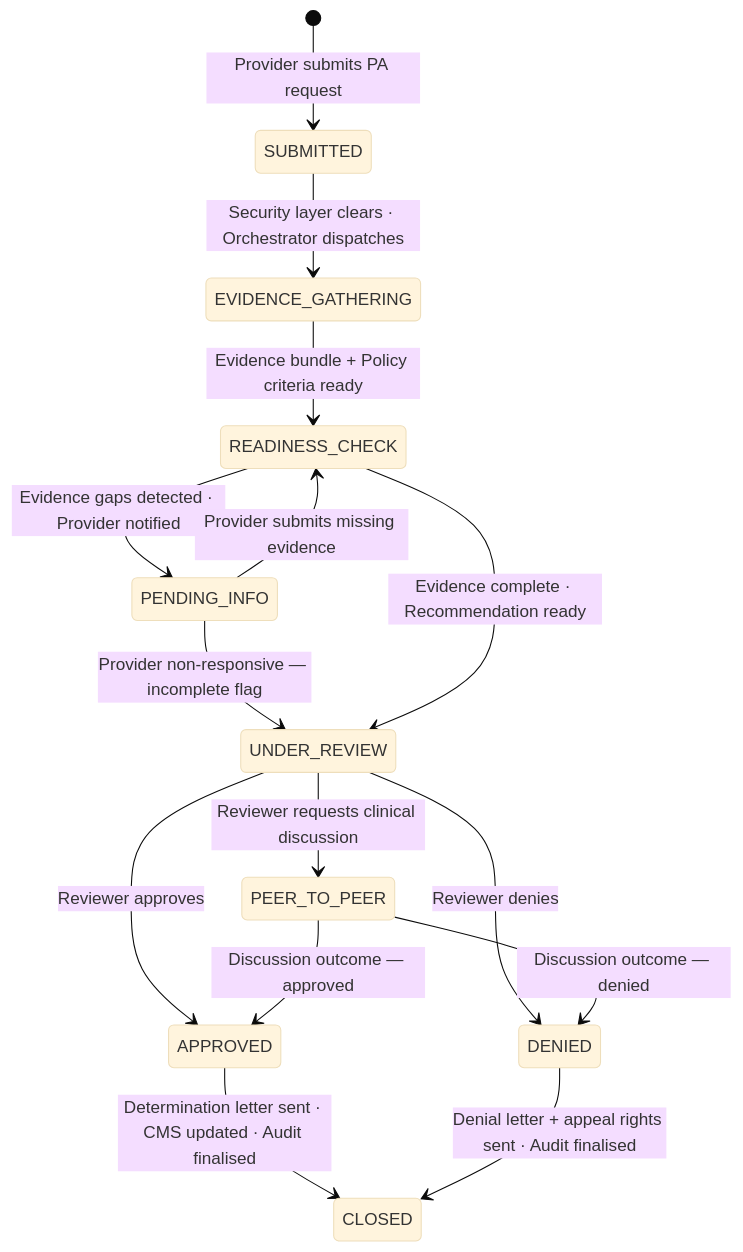
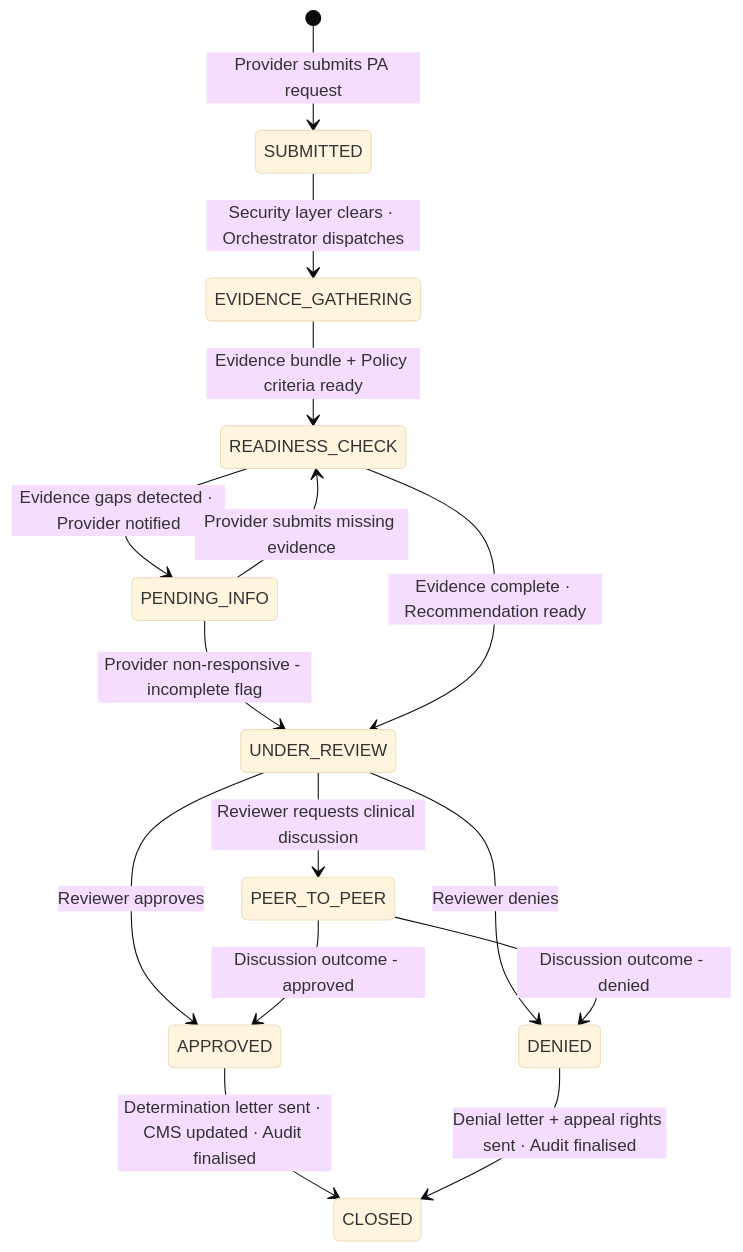
One commit to sundante/sun-course-genai changed the fifth of 5 diagrams in docs/06-Agentic-AI/SystemDesigns/prior-authorization.md. Above: the diagram before and after it, drawn with Mermaid (base theme). The commit also changed other lines of this file and 225 other files, not shown here.

````diff
--- a/docs/06-Agentic-AI/SystemDesigns/prior-authorization.md
+++ b/docs/06-Agentic-AI/SystemDesigns/prior-authorization.md
@@ -444,17 +444,17 @@
 ```mermaid
 stateDiagram-v2
     [*] --> SUBMITTED : Provider submits PA request
     SUBMITTED --> EVIDENCE_GATHERING : Security layer clears · Orchestrator dispatches
     EVIDENCE_GATHERING --> READINESS_CHECK : Evidence bundle + Policy criteria ready
     READINESS_CHECK --> PENDING_INFO : Evidence gaps detected · Provider notified
     PENDING_INFO --> READINESS_CHECK : Provider submits missing evidence
-    PENDING_INFO --> UNDER_REVIEW : Provider non-responsive — incomplete flag
+    PENDING_INFO --> UNDER_REVIEW : Provider non-responsive - incomplete flag
     READINESS_CHECK --> UNDER_REVIEW : Evidence complete · Recommendation ready
     UNDER_REVIEW --> APPROVED : Reviewer approves
     UNDER_REVIEW --> DENIED : Reviewer denies
     UNDER_REVIEW --> PEER_TO_PEER : Reviewer requests clinical discussion
-    PEER_TO_PEER --> APPROVED : Discussion outcome — approved
-    PEER_TO_PEER --> DENIED : Discussion outcome — denied
+    PEER_TO_PEER --> APPROVED : Discussion outcome - approved
+    PEER_TO_PEER --> DENIED : Discussion outcome - denied
     APPROVED --> CLOSED : Determination letter sent · CMS updated · Audit finalised
     DENIED --> CLOSED : Denial letter + appeal rights sent · Audit finalised
 ```
````
